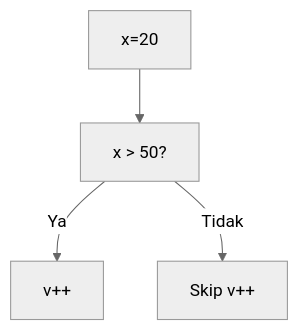
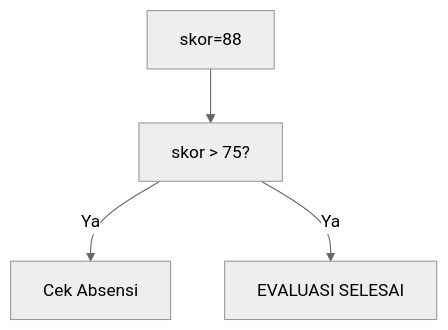
Before and after one commit to amnahwaida/OSNK_INF_PREP: diagram 11 of 25 in part-c-pemahaman-cpp/02-percabangan/latihan/set-08.md, drawn with Mermaid (neutral theme). The commit also changed other lines of this file and 71 other files, not shown here.

````diff
--- a/part-c-pemahaman-cpp/02-percabangan/latihan/set-08.md
+++ b/part-c-pemahaman-cpp/02-percabangan/latihan/set-08.md
@@ -302,6 +317,6 @@
 ```mermaid
 graph TD
-A["x=20"] --> B["x > 50?"]
-B -- Ya --> C["v++"]
-B -- Tidak --> D["Skip v++"]
+A["skor=88"] --> B["skor > 75?"]
+B -- Ya --> C["Cek Absensi"]
+B -- Ya --> D["EVALUASI SELESAI"]
 ```
````
